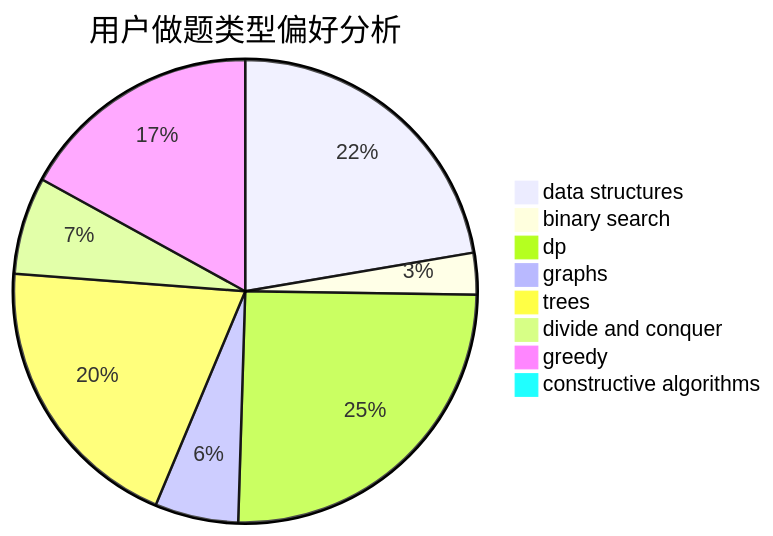
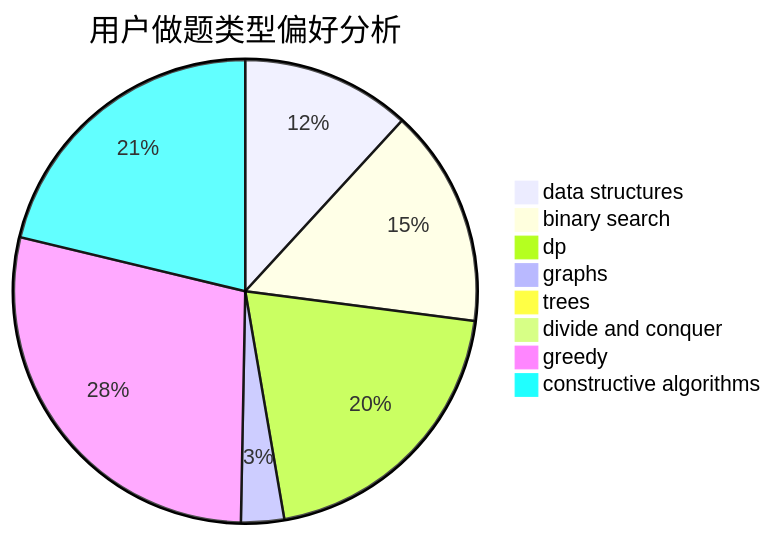
One commit to sherpahu/cfrs.github.io changed the second of 3 diagrams in docs/user/u2404.md. Above: the diagram before and after it, drawn with Mermaid. The commit also changed other lines of this file and 2770 other files, not shown here.

````diff
--- a/docs/user/u2404.md
+++ b/docs/user/u2404.md
@@ -23,11 +23,11 @@
 ```mermaid
 pie title 用户做题类型偏好分析
-    "data structures" :  46
-    "binary search" :  6
-    "dp" :  52
-    "graphs" :  12
-    "trees" :  41
-    "divide and conquer" :  14
-    "greedy" :  35
-    "constructive algorithms" :  1
+    "data structures" :  59
+    "binary search" :  76
+    "dp" :  101
+    "graphs" :  15
+    "trees" :  1
+    "divide and conquer" :  1
+    "greedy" :  142
+    "constructive algorithms" :  106
 ```
````
